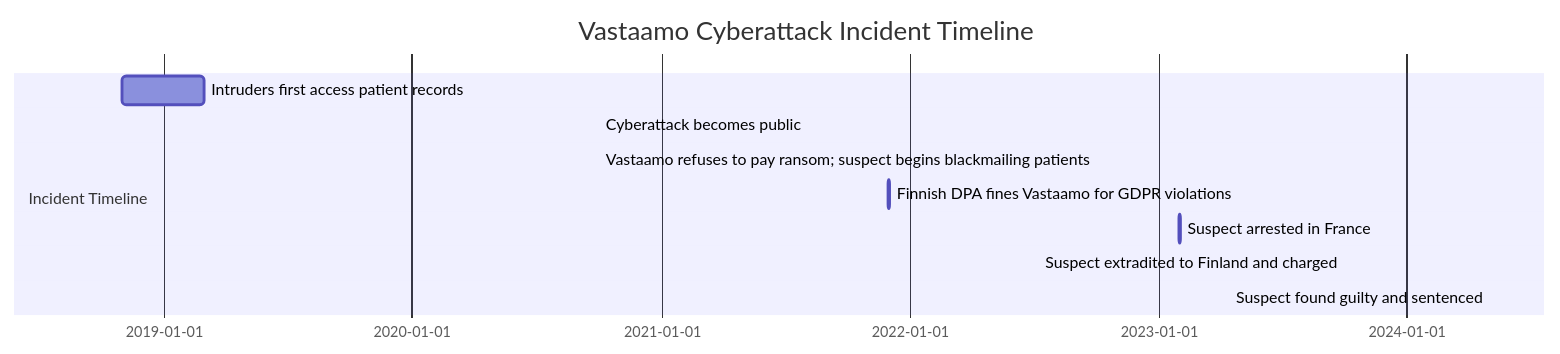
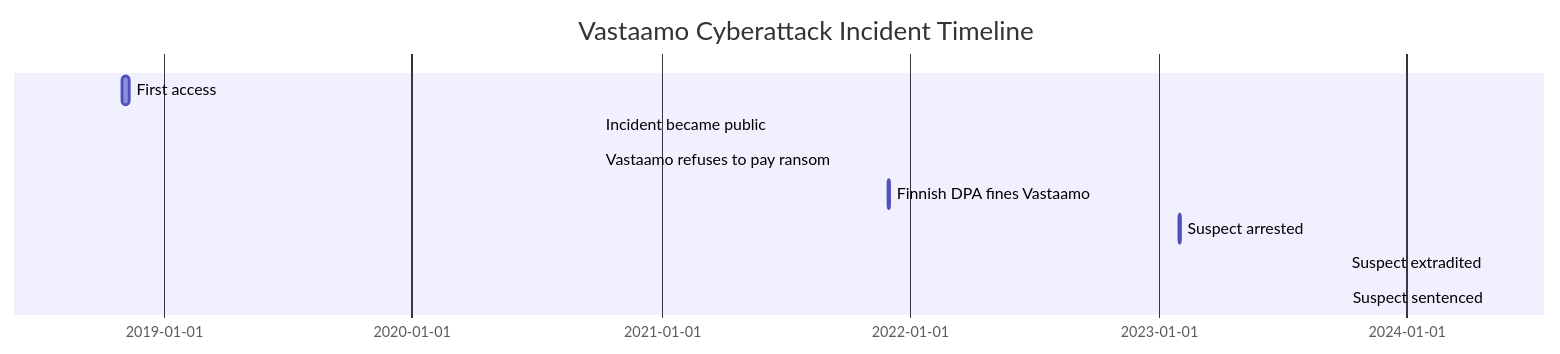
Before and after one commit to G3ph4z/g3ph4z.github.io: the diagram in _posts/2024-05-23-the-vastaamo-data-breach.md, drawn with Mermaid. The commit also changed other lines of this file, not shown here.

Commit message:
update vastaamo timeline

````diff
--- a/_posts/2024-05-23-the-vastaamo-data-breach.md
+++ b/_posts/2024-05-23-the-vastaamo-data-breach.md
@@ -44,13 +44,12 @@
 ```mermaid
   gantt
     title Vastaamo Cyberattack Incident Timeline
     dateFormat  YYYY-MM-DD
-    section Incident Timeline
-    Intruders first access patient records :a1, 2018-11-01, 2019-03-01
-    Cyberattack becomes public :a2, 2020-10-01, 1d
-    Vastaamo refuses to pay ransom; suspect begins blackmailing patients :a3, 2020-10-01, 1d
-    Finnish DPA fines Vastaamo for GDPR violations :a4, 2021-12-01, 1d
-    Suspect arrested in France :a5, 2023-02-01, 1d
-    Suspect extradited to Finland and charged :a6, 2023-10-01, 1d
-    Suspect found guilty and sentenced :a7, 2024-05-01, 1d
+    First access :a1, 2018-11-01, 10d
+    Incident became public :a2, 2020-10-01, 1d
+    Vastaamo refuses to pay ransom :a3, 2020-10-01, 1d
+    Finnish DPA fines Vastaamo :a4, 2021-12-01, 1d
+    Suspect arrested :a5, 2023-02-01, 1d
+    Suspect extradited :a6, 2023-10-01, 1d
+    Suspect sentenced :a7, 2024-05-01, 1d
 ```
````
